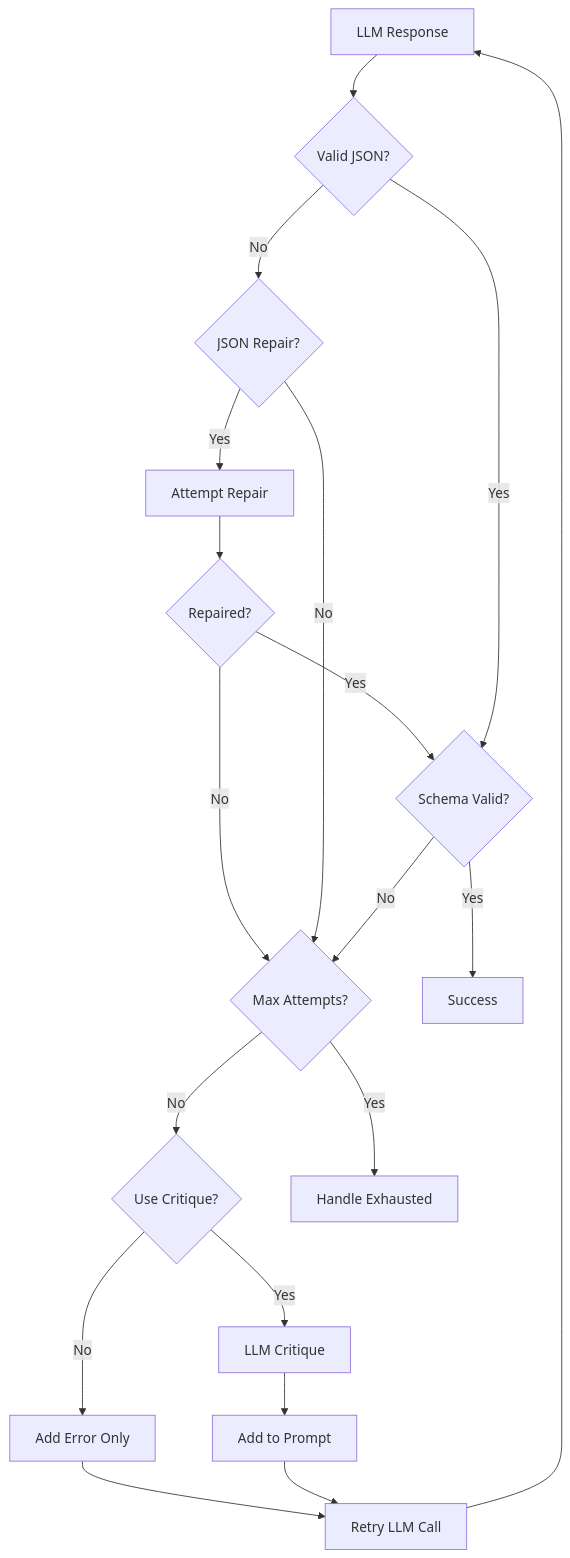
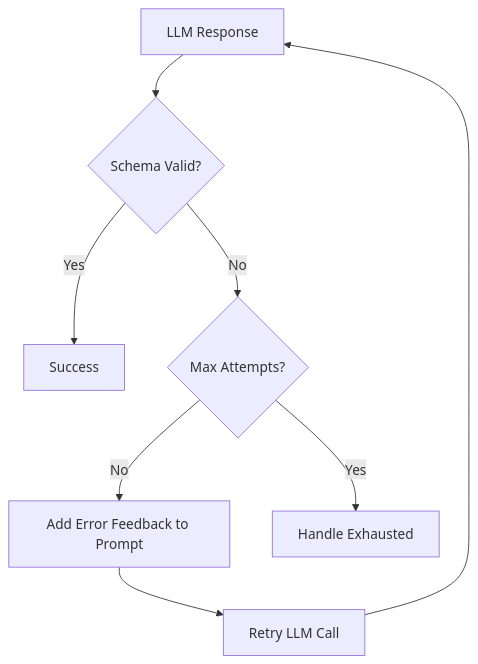
Before and after one commit to Muizzkolapo/agent-actions: the diagram in docs.agent-actions/docs/reference/validation/reprompting.md, drawn with Mermaid. The commit also changed other lines of this file and 7 other files, not shown here.

````diff
--- a/docs.agent-actions/docs/reference/validation/reprompting.md
+++ b/docs.agent-actions/docs/reference/validation/reprompting.md
@@ -99,21 +85,10 @@
 ```mermaid
 flowchart TD
-    A[LLM Response] --> B{Valid JSON?}
-    B -->|No| C{JSON Repair?}
-    C -->|Yes| D[Attempt Repair]
-    D --> E{Repaired?}
-    E -->|Yes| F{Schema Valid?}
-    E -->|No| G{Max Attempts?}
-    C -->|No| G
-    B -->|Yes| F
-    F -->|Yes| H[Success]
-    F -->|No| G
-    G -->|No| I{Use Critique?}
-    I -->|Yes| J[LLM Critique]
-    J --> K[Add to Prompt]
-    I -->|No| L[Add Error Only]
-    L --> M[Retry LLM Call]
-    K --> M
-    M --> A
-    G -->|Yes| N[Handle Exhausted]
+    A[LLM Response] --> B{Schema Valid?}
+    B -->|Yes| C[Success]
+    B -->|No| D{Max Attempts?}
+    D -->|No| E[Add Error Feedback to Prompt]
+    E --> F[Retry LLM Call]
+    F --> A
+    D -->|Yes| G[Handle Exhausted]
 ```
````
